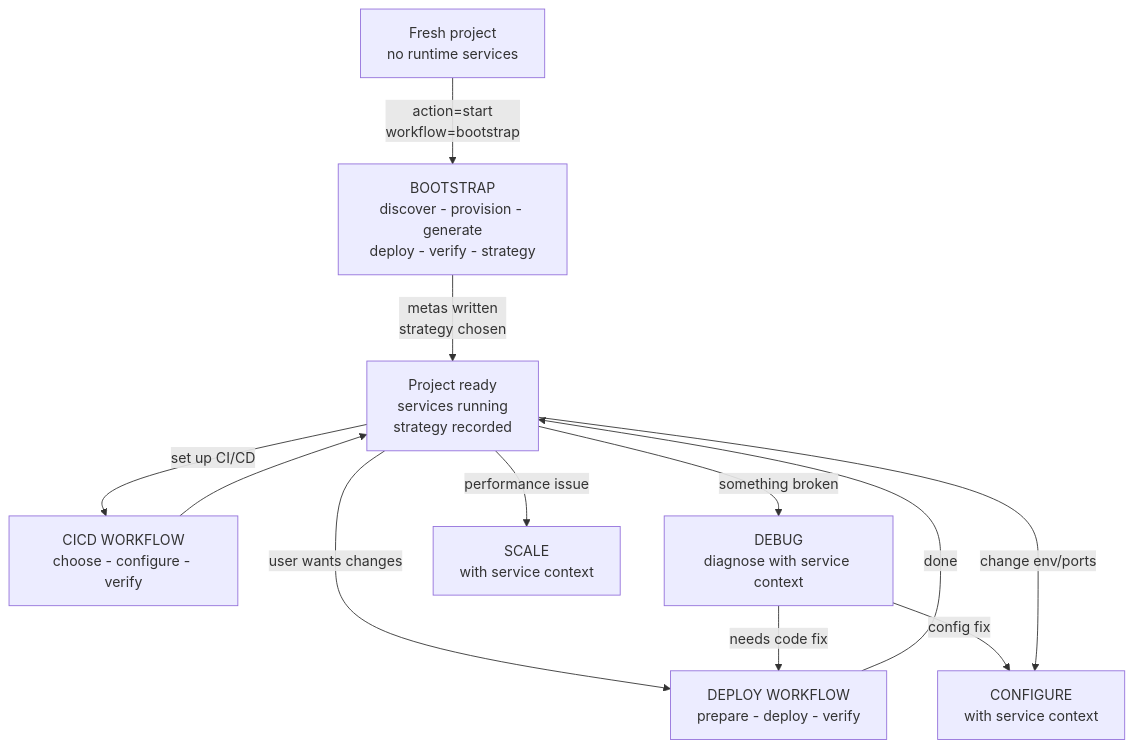
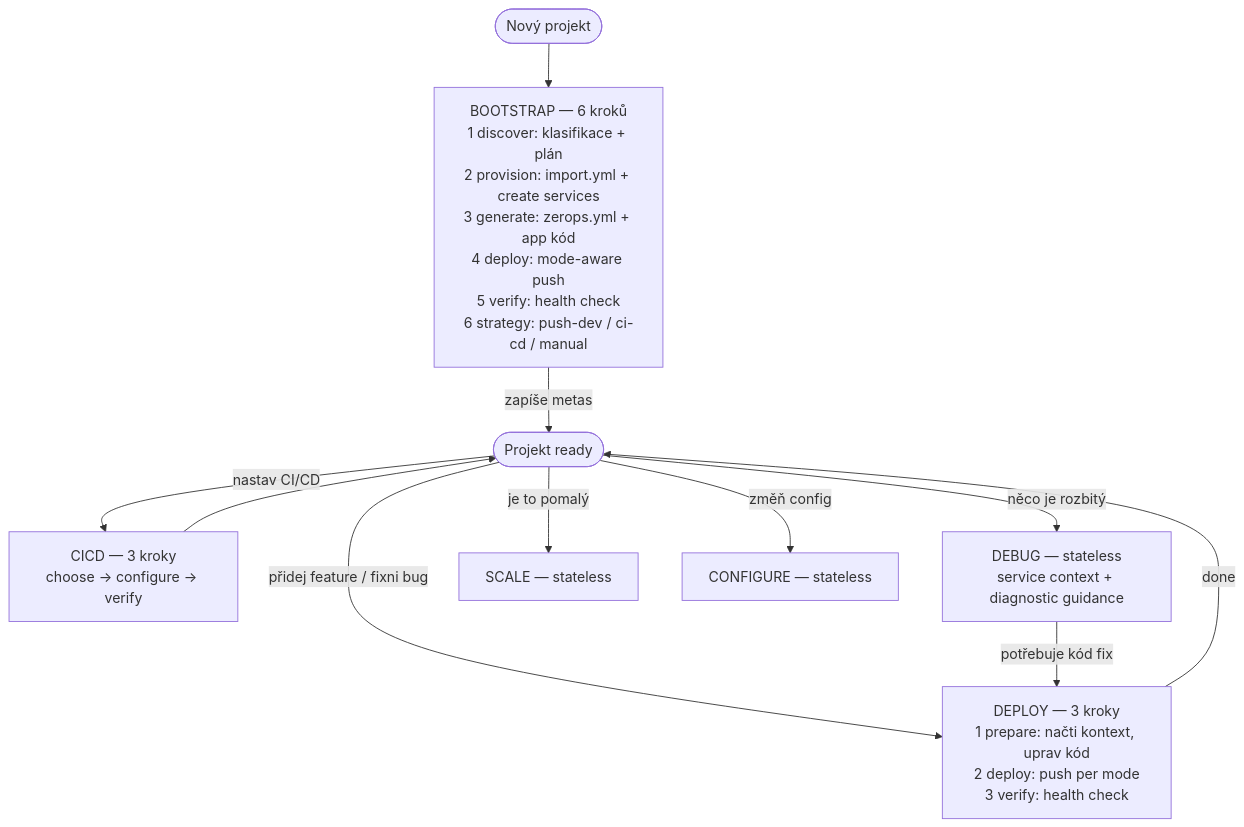
Before and after one commit to zeropsio/zcp: the first of 3 diagrams in plans/workflow-system-architecture.md, drawn with Mermaid. The commit also changed other lines of this file, not shown here.

````diff
--- a/plans/workflow-system-architecture.md
+++ b/plans/workflow-system-architecture.md
@@ -49,20 +7,19 @@
 ```mermaid
 flowchart TD
-    FRESH["Fresh project\nno runtime services"] -->|"action=start\nworkflow=bootstrap"| BOOT
+    FRESH(["Nový projekt"]) --> BOOT
 
-    BOOT["BOOTSTRAP\ndiscover - provision - generate\ndeploy - verify - strategy"] -->|"metas written\nstrategy chosen"| READY
+    BOOT["BOOTSTRAP — 6 kroků\n1 discover: klasifikace + plán\n2 provision: import.yml + create services\n3 generate: zerops.yml + app kód\n4 deploy: mode-aware push\n5 verify: health check\n6 strategy: push-dev / ci-cd / manual"]
+    BOOT -->|"zapíše metas"| READY(["Projekt ready"])
 
-    READY["Project ready\nservices running\nstrategy recorded"] -->|"user wants changes"| DEV_LOOP
+    READY -->|"přidej feature / fixni bug"| DEPLOY
+    DEPLOY["DEPLOY — 3 kroky\n1 prepare: načti kontext, uprav kód\n2 deploy: push per mode\n3 verify: health check"] -->|done| READY
 
-    DEV_LOOP["DEPLOY WORKFLOW\nprepare - deploy - verify"] -->|"done"| READY
+    READY -->|"nastav CI/CD"| CICD["CICD — 3 kroky\nchoose → configure → verify"]
+    CICD --> READY
 
-    READY -->|"set up CI/CD"| CICD_FLOW["CICD WORKFLOW\nchoose - configure - verify"]
-    CICD_FLOW --> READY
+    READY -->|"něco je rozbitý"| DEBUG["DEBUG — stateless\nservice context + diagnostic guidance"]
+    READY -->|"je to pomalý"| SCALE["SCALE — stateless"]
+    READY -->|"změň config"| CONFIG["CONFIGURE — stateless"]
 
-    READY -->|"something broken"| DEBUG_OP["DEBUG\ndiagnose with service context"]
-    DEBUG_OP -->|"needs code fix"| DEV_LOOP
-    DEBUG_OP -->|"config fix"| CFG_OP
-
-    READY -->|"performance issue"| SCALE_OP["SCALE\nwith service context"]
-    READY -->|"change env/ports"| CFG_OP["CONFIGURE\nwith service context"]
+    DEBUG -->|"potřebuje kód fix"| DEPLOY
 ```
````
